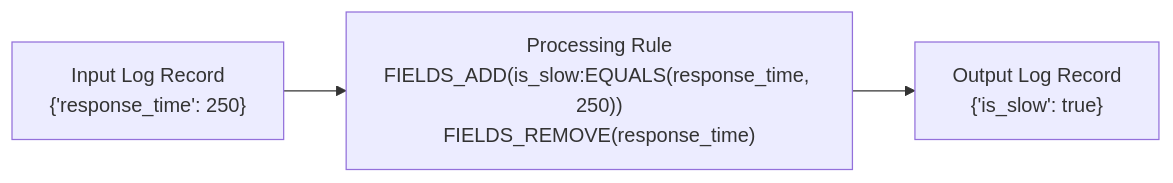
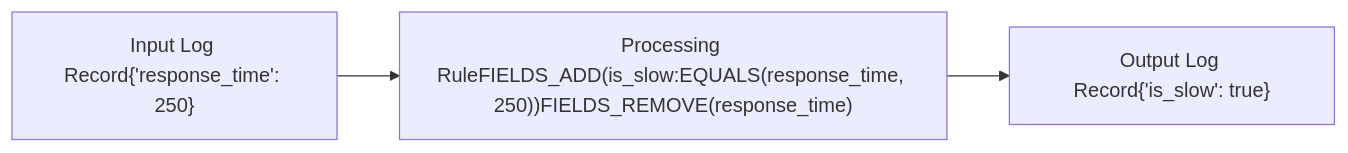
The tenth of 18 diagrams in app/courses/01-log-monitoring/sections/05-create-log-processing-rules/content.md (Marc-Nueno-Montolio/EC_onsite), drawn with Mermaid before and after one commit. The commit also changed other lines of this file and 7 other files, not shown here.

````diff
--- a/app/courses/01-log-monitoring/sections/05-create-log-processing-rules/content.md
+++ b/app/courses/01-log-monitoring/sections/05-create-log-processing-rules/content.md
@@ -142,7 +148,7 @@
-	```mermaid
-	graph LR
-	    id1["Input Log Record<br>{'response_time': 250}"] -->
-	    id2["Processing Rule<br>FIELDS_ADD(is_slow:EQUALS(response_time, 250))<br>FIELDS_REMOVE(response_time)"] -->
-	    id3["Output Log Record<br>{'is_slow': true}"]
-	
-	```
+```mermaid
+graph LR
+	id1["Input Log Record{'response_time': 250}"] -->
+	id2["Processing RuleFIELDS_ADD(is_slow:EQUALS(response_time, 250))FIELDS_REMOVE(response_time)"] -->
+	id3["Output Log Record{'is_slow': true}"]
+
+```
````
